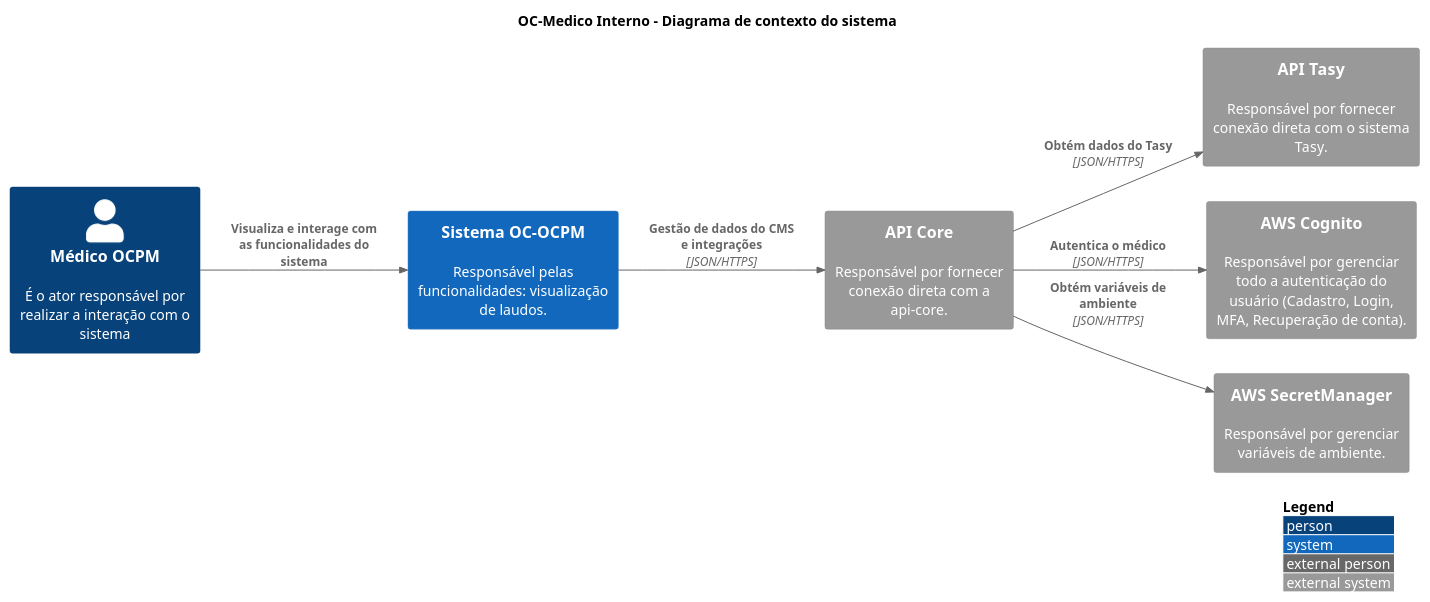
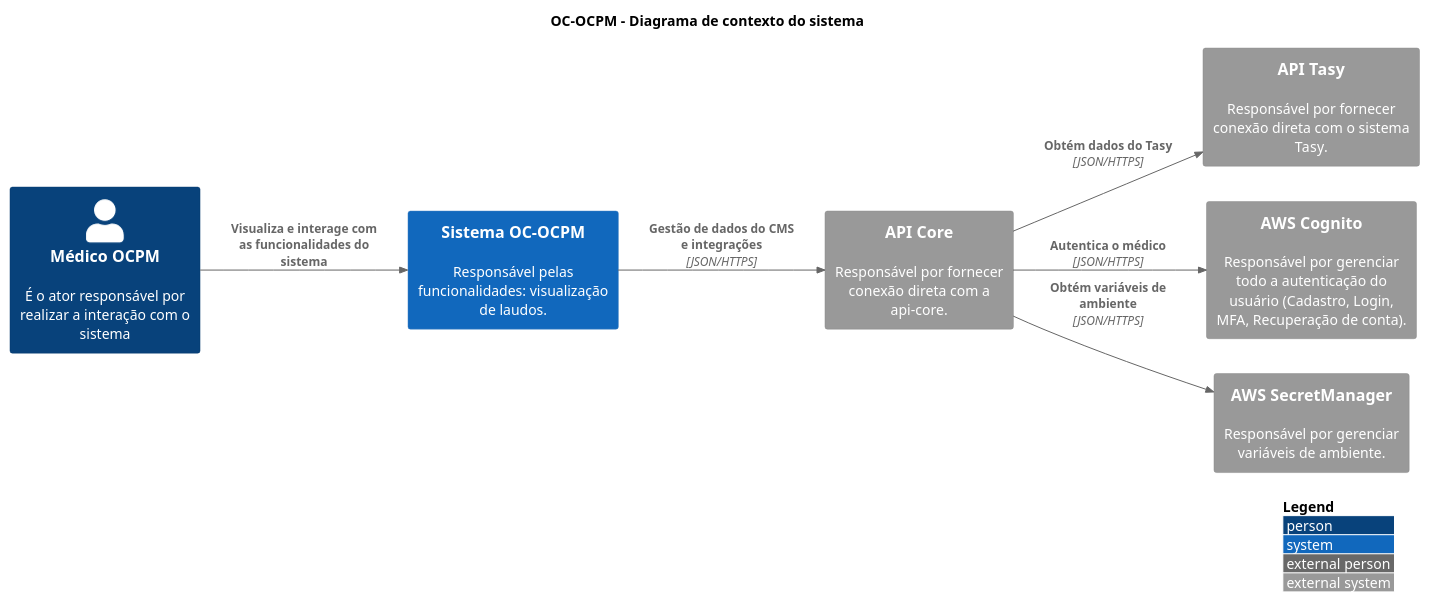
The diagram in src/OC-OCPM/C1. Visão Geral/context.puml (luizggbasedigital/poc-oc-docs), drawn with PlantUML before and after one commit. The commit also changed 3 other files, not shown here.

Commit message:
fix: diagrams titles

```diff
--- a/src/OC-OCPM/C1. Visão Geral/context.puml
+++ b/src/OC-OCPM/C1. Visão Geral/context.puml
@@ -1,37 +1,37 @@
 @startuml "Context Diagram"
 
-title "OC-Medico Interno - Diagrama de contexto do sistema"
+title "OC-OCPM - Diagrama de contexto do sistema"
 
 !include https://raw.githubusercontent.com/adrianvlupu/C4-PlantUML/latest/C4_Context.puml
 
 LAYOUT_WITH_LEGEND()
 LAYOUT_LEFT_RIGHT()
 
 skinparam backgroundcolor transparent
 
 /'Actors'/
 Person(ActorOCPMPhysician, "Médico OCPM", "É o ator responsável por realizar a interação com o sistema")
 
 /'Internal Systems'/
 System(SystemOCOCPM, "Sistema OC-OCPM", "Responsável pelas funcionalidades: visualização de laudos.")
 
 /'External Systems'/
 System_Ext(SystemTasyApi, "API Tasy", "Responsável por fornecer conexão direta com o sistema Tasy.")
 
 /'API-Core Systems'/
 System_Ext(SystemApiCore, "API Core", "Responsável por fornecer conexão direta com a api-core.")
 
 /'AWS Systems'/
 System_Ext(SystemAWSCognito, "AWS Cognito", "Responsável por gerenciar todo a autenticação do usuário (Cadastro, Login, MFA, Recuperação de conta).")
 System_Ext(SystemAWSSecretManager, "AWS SecretManager", "Responsável por gerenciar variáveis de ambiente.")
 
 /'Relations'/
 Rel(ActorOCPMPhysician, SystemOCOCPM, "Visualiza e interage com as funcionalidades do sistema")
 
 /'API-Core Integrations'/
 Rel(SystemOCOCPM, SystemApiCore, "Gestão de dados do CMS e integrações", "JSON/HTTPS")
 Rel(SystemApiCore, SystemTasyApi, "Obtém dados do Tasy", "JSON/HTTPS")
 Rel(SystemApiCore, SystemAWSCognito, "Autentica o médico", "JSON/HTTPS")
 Rel(SystemApiCore, SystemAWSSecretManager, "Obtém variáveis de ambiente", "JSON/HTTPS")
 
 @enduml
```
